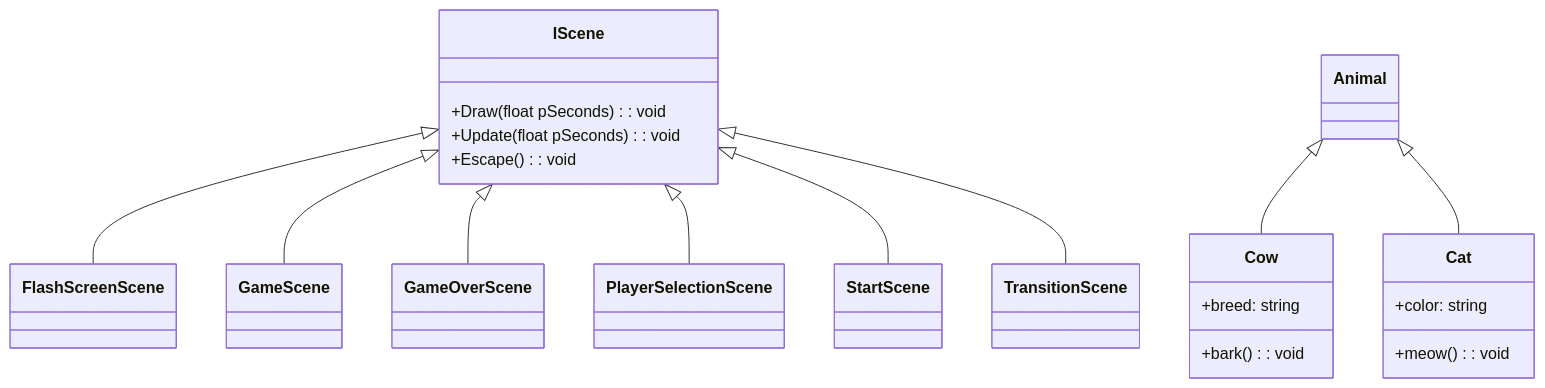
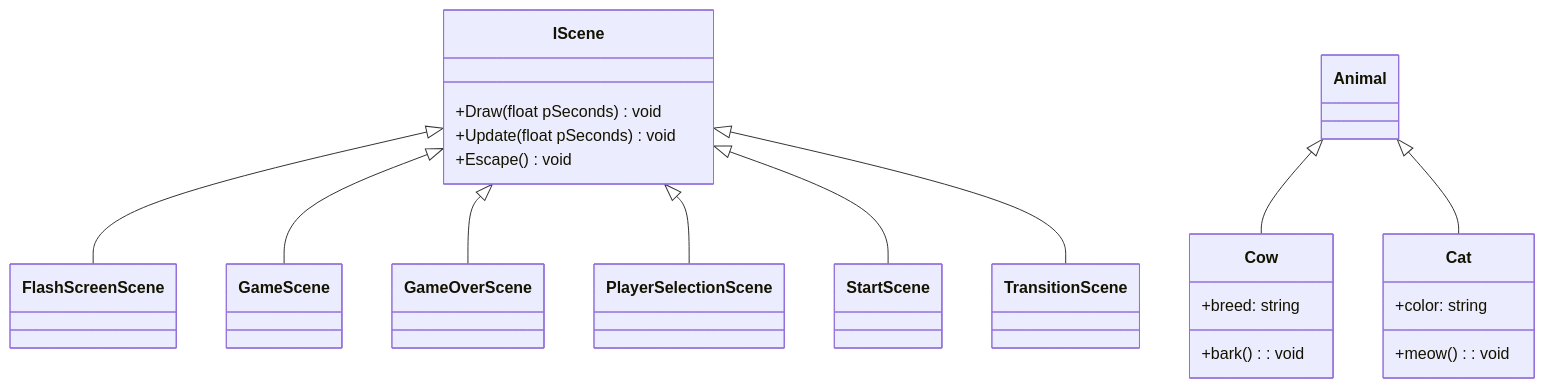
Before and after one commit to Spoingus/TroublesomeTanks_CDP: the diagram in README.md, drawn with Mermaid.

````diff
--- a/README.md
+++ b/README.md
@@ -1,28 +1,28 @@
 ```mermaid
 classDiagram
     IScene <|-- FlashScreenScene
     IScene <|-- GameScene
     IScene <|-- GameOverScene
     IScene <|-- PlayerSelectionScene
     IScene <|-- StartScene
     IScene <|-- TransitionScene
     class IScene {
-        +Draw(float pSeconds): void
-        +Update(float pSeconds): void
-        +Escape(): void
+        +Draw(float pSeconds) void
+        +Update(float pSeconds) void
+        +Escape() void
     }
 
     class Cow {
         +breed: string
         +bark(): void
     }
 
     class Cat {
         +color: string
         +meow(): void
     }
 
     Animal <|-- Cow
     Animal <|-- Cat
 
 ```
````
